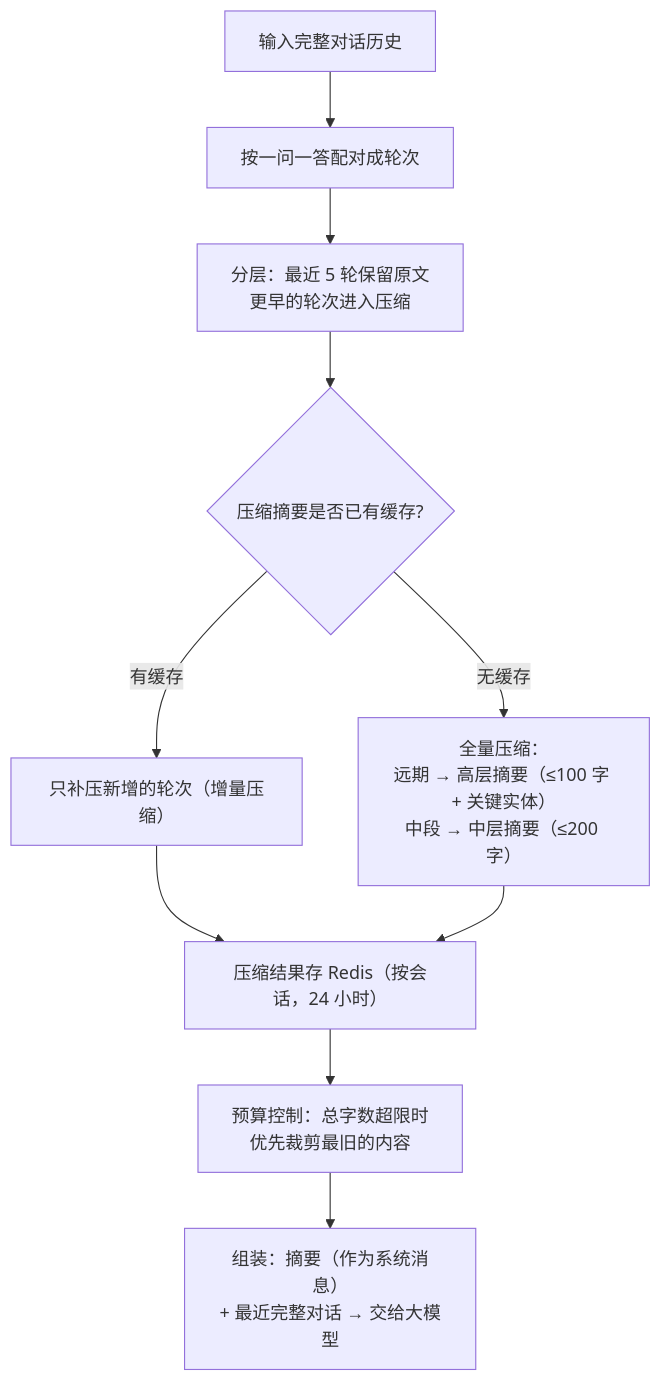
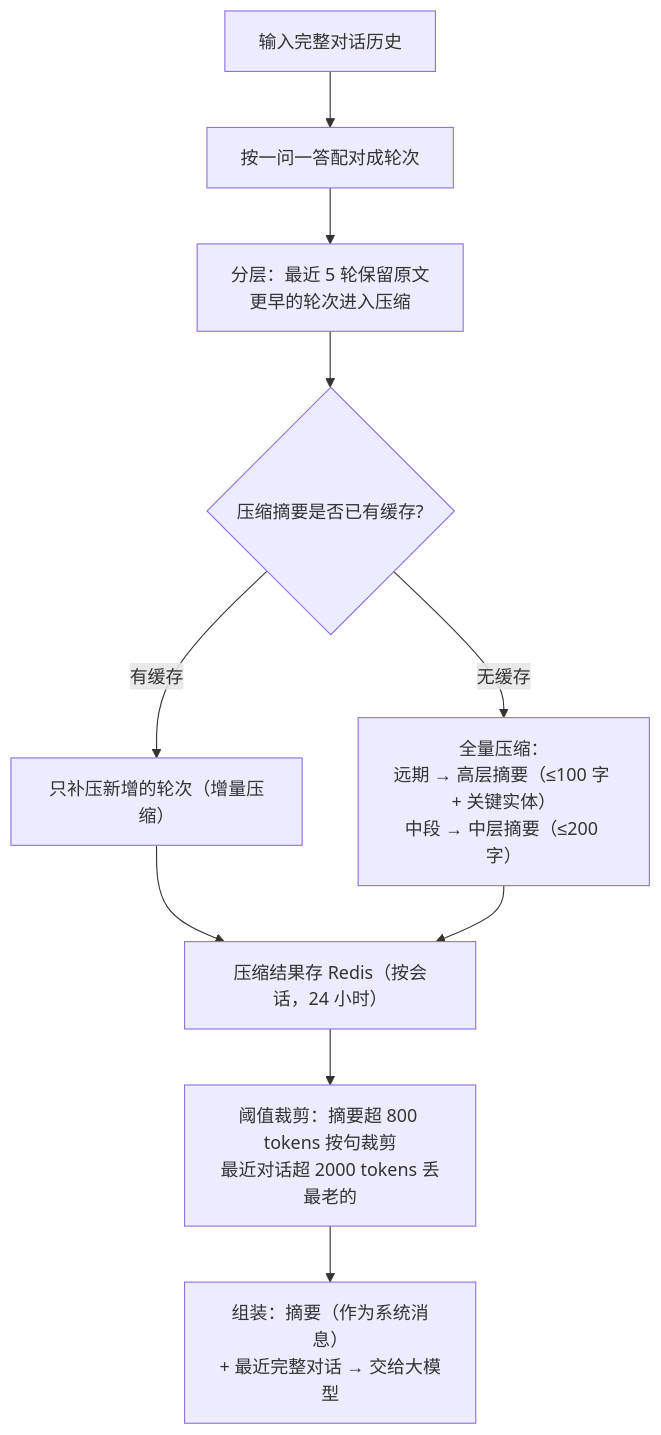
One commit to blowt16/SmartCS-Agent changed diagram 20 of 36 in docs/PROJECT_ANALYSIS.md. Above: the diagram before and after it, drawn with Mermaid. The commit also changed other lines of this file and 4 other files, not shown here.

````diff
--- a/docs/PROJECT_ANALYSIS.md
+++ b/docs/PROJECT_ANALYSIS.md
@@ -645,12 +645,12 @@
 ```mermaid
 flowchart TD
     A["输入完整对话历史"] --> B["按一问一答配对成轮次"]
     B --> C["分层：最近 5 轮保留原文<br/>更早的轮次进入压缩"]
     C --> D{"压缩摘要是否已有缓存?"}
     D -->|"有缓存"| E["只补压新增的轮次（增量压缩）"]
     D -->|"无缓存"| F["全量压缩：<br/>远期 → 高层摘要（≤100 字 + 关键实体）<br/>中段 → 中层摘要（≤200 字）"]
     E --> G["压缩结果存 Redis（按会话，24 小时）"]
     F --> G
-    G --> H["预算控制：总字数超限时<br/>优先裁剪最旧的内容"]
+    G --> H["阈值裁剪：摘要超 800 tokens 按句裁剪<br/>最近对话超 2000 tokens 丢最老的"]
     H --> I["组装：摘要（作为系统消息）<br/>+ 最近完整对话 → 交给大模型"]
 ```
````
